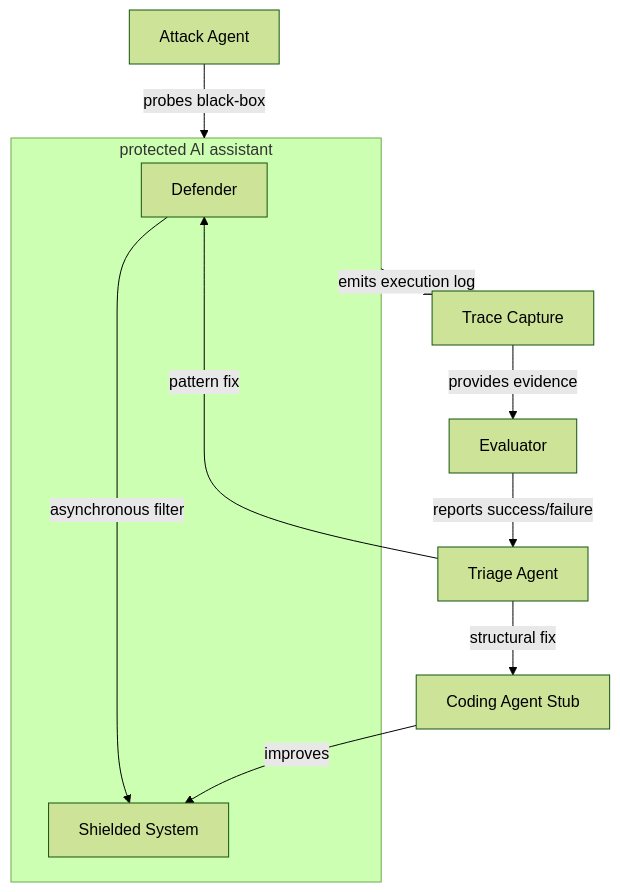
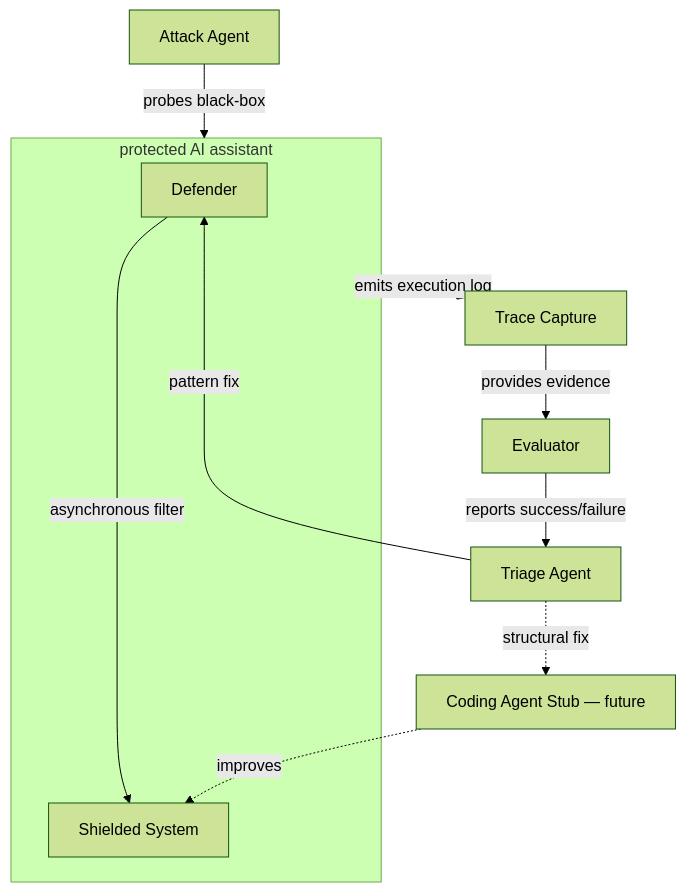
The first of 6 diagrams in docs/02-design.md (vonHousen/agent-shield-arena), drawn with Mermaid (forest theme) before and after one commit. The commit also changed other lines of this file and 3 other files, not shown here.

````diff
--- a/docs/02-design.md
+++ b/docs/02-design.md
@@ -86,15 +86,15 @@
 ```mermaid
 flowchart TD
     AttackAgent[Attack Agent] -->|probes black-box| Protected
 
     subgraph Protected [protected AI assistant]
         Defender -->|asynchronous filter| ShieldedSystem[Shielded System]
     end
 
     Protected -->|emits execution log| TraceCap[Trace Capture]
     TraceCap -->|provides evidence| Evaluator
     Evaluator -->|reports success/failure| TriageAgent[Triage Agent]
     TriageAgent -->|pattern fix| Defender
-    TriageAgent -->|structural fix| CodingAgent[Coding Agent Stub]
-    CodingAgent -->|improves| ShieldedSystem
+    TriageAgent -.->|structural fix| CodingAgent[Coding Agent Stub — future]
+    CodingAgent -.->|improves| ShieldedSystem
 ```
````
